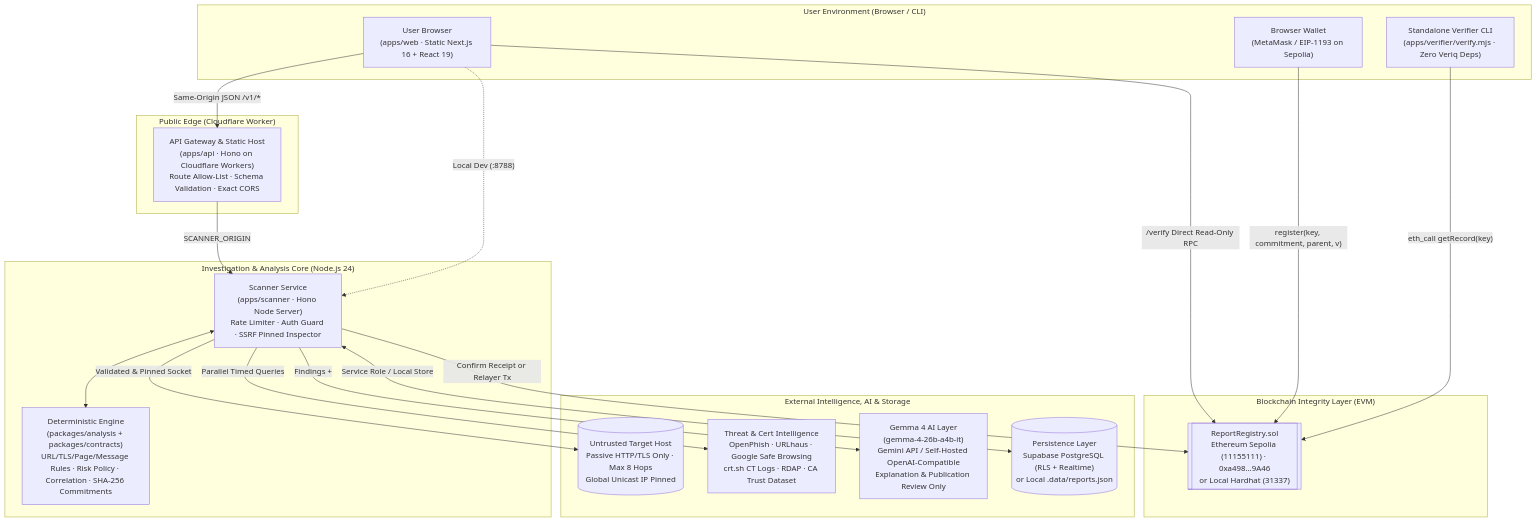
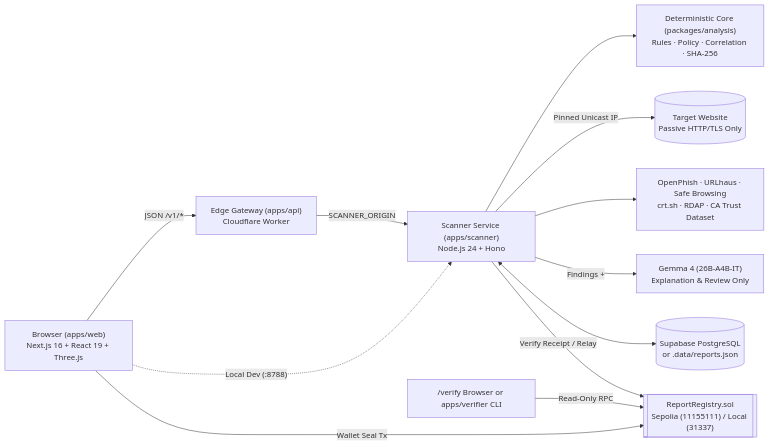
One commit to nonsense3/Veriq changed the diagram in README.md. Above: the diagram before and after it, drawn with Mermaid. The commit also changed other lines of this file, not shown here.

````diff
--- a/README.md
+++ b/README.md
@@ -308,41 +151,14 @@
 ```mermaid
-flowchart TB
-    subgraph Client["User Environment (Browser / CLI)"]
-        U["User Browser<br/>(apps/web · Static Next.js 16 + React 19)"]
-        W["Browser Wallet<br/>(MetaMask / EIP-1193 on Sepolia)"]
-        CLI["Standalone Verifier CLI<br/>(apps/verifier/verify.mjs · Zero Veriq Deps)"]
-    end
-
-    subgraph Edge["Public Edge (Cloudflare Worker)"]
-        GW["API Gateway & Static Host<br/>(apps/api · Hono on Cloudflare Workers)<br/>Route Allow-List · Schema Validation · Exact CORS"]
-    end
-
-    subgraph Core["Investigation & Analysis Core (Node.js 24)"]
-        SC["Scanner Service<br/>(apps/scanner · Hono Node Server)<br/>Rate Limiter · Auth Guard · SSRF Pinned Inspector"]
-        AN["Deterministic Engine<br/>(packages/analysis + packages/contracts)<br/>URL/TLS/Page/Message Rules · Risk Policy · Correlation · SHA-256 Commitments"]
-    end
-
-    subgraph External["External Intelligence, AI & Storage"]
-        TARGET[("Untrusted Target Host<br/>Passive HTTP/TLS Only · Max 8 Hops<br/>Global Unicast IP Pinned")]
-        INTEL["Threat & Cert Intelligence<br/>OpenPhish · URLhaus · Google Safe Browsing<br/>crt.sh CT Logs · RDAP · CA Trust Dataset"]
-        GEMMA["Gemma 4 AI Layer<br/>(gemma-4-26b-a4b-it)<br/>Gemini API / Self-Hosted OpenAI-Compatible<br/>Explanation & Publication Review Only"]
-        DB[("Persistence Layer<br/>Supabase PostgreSQL (RLS + Realtime)<br/>or Local .data/reports.json")]
-    end
-
-    subgraph Web3["Blockchain Integrity Layer (EVM)"]
-        CHAIN[["ReportRegistry.sol<br/>Ethereum Sepolia (11155111) · 0xa498...9A46<br/>or Local Hardhat (31337)"]]
-    end
-
-    U -->|"Same-Origin JSON /v1/*"| GW
+flowchart LR
+    U["Browser (apps/web)<br/>Next.js 16 + React 19 + Three.js"] -->|"JSON /v1/*"| GW["Edge Gateway (apps/api)<br/>Cloudflare Worker"]
     U -.->|"Local Dev (:8788)"| SC
-    GW -->|"SCANNER_ORIGIN"| SC
-    SC <--> AN
-    SC -->|"Validated & Pinned Socket"| TARGET
-    SC -->|"Parallel Timed Queries"| INTEL
-    SC -->|"Findings + <untrusted_content>"| GEMMA
-    SC <-->|"Service Role / Local Store"| DB
-    W -->|"register(key, commitment, parent, v)"| CHAIN
-    SC -->|"Confirm Receipt or Relayer Tx"| CHAIN
-    U -->|"/verify Direct Read-Only RPC"| CHAIN
-    CLI -->|"eth_call getRecord(key)"| CHAIN
+    GW -->|"SCANNER_ORIGIN"| SC["Scanner Service (apps/scanner)<br/>Node.js 24 + Hono"]
+    SC --> AN["Deterministic Core (packages/analysis)<br/>Rules · Policy · Correlation · SHA-256"]
+    SC -->|"Pinned Unicast IP"| T[("Target Website<br/>Passive HTTP/TLS Only")]
+    SC --> INTEL["OpenPhish · URLhaus · Safe Browsing<br/>crt.sh · RDAP · CA Trust Dataset"]
+    SC -->|"Findings + <untrusted_content>"| AI["Gemma 4 (26B-A4B-IT)<br/>Explanation & Review Only"]
+    SC <--> DB[("Supabase PostgreSQL<br/>or .data/reports.json")]
+    U -->|"Wallet Seal Tx"| CHAIN[["ReportRegistry.sol<br/>Sepolia (11155111) / Local (31337)"]]
+    SC -->|"Verify Receipt / Relay"| CHAIN
+    V["/verify Browser or apps/verifier CLI"] -->|"Read-Only RPC"| CHAIN
 ```
````
